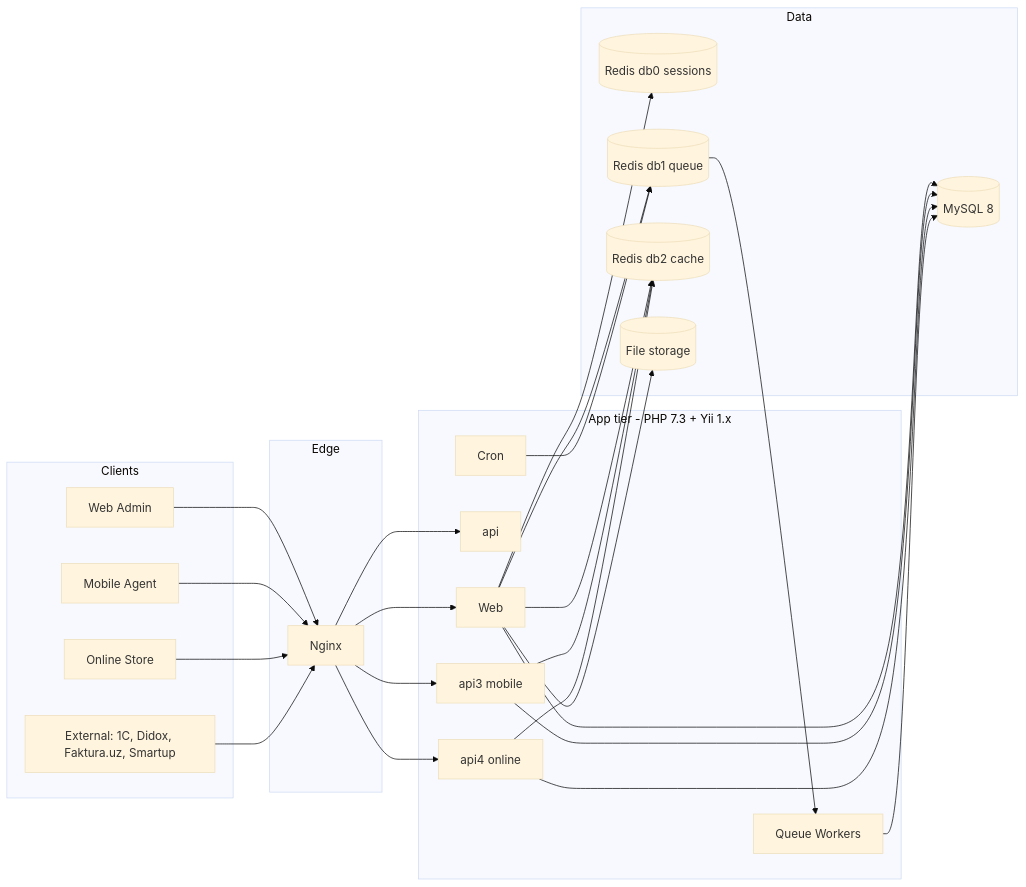
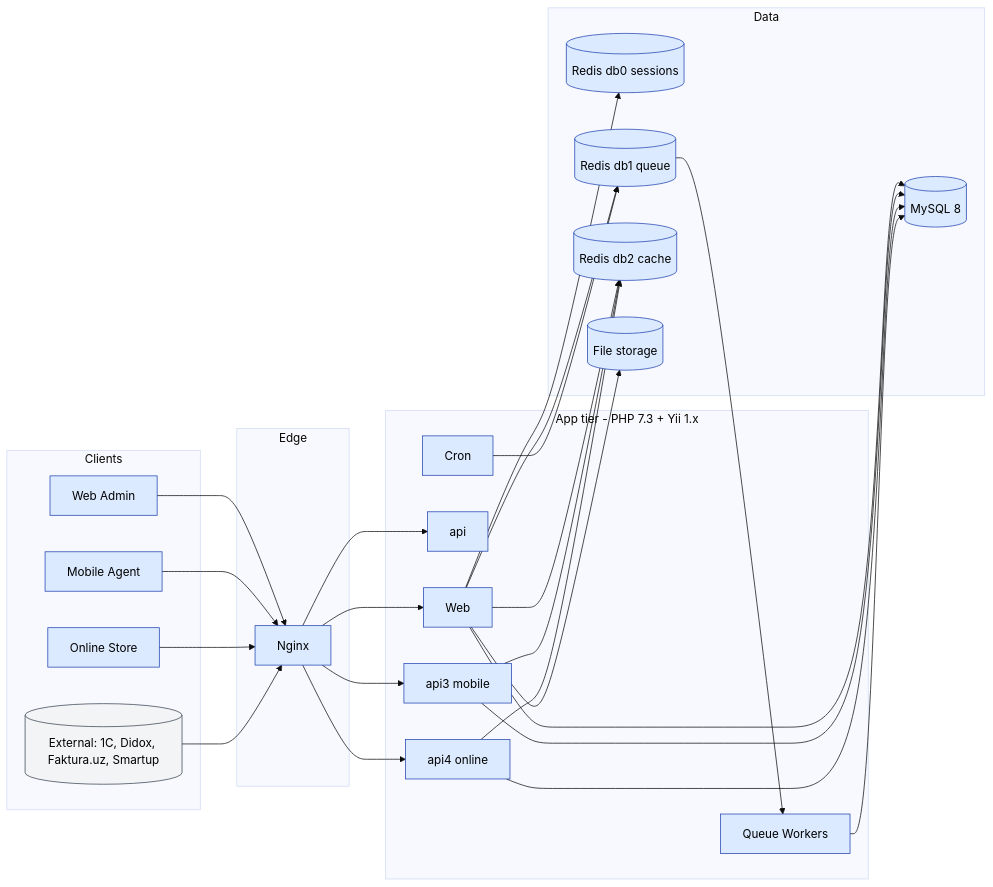
One commit to jamshidtulaganov/sd-doc changed the diagram in docs/architecture/overview.md. Above: the diagram before and after it, drawn with Mermaid (base theme). The commit also changed 21 other files, not shown here.

````diff
--- a/docs/architecture/overview.md
+++ b/docs/architecture/overview.md
@@ -20,47 +20,53 @@
 ```mermaid
 flowchart LR
   subgraph Clients
     WB[Web Admin]
     MA[Mobile Agent]
     OS[Online Store]
-    EXT[External: 1C, Didox, Faktura.uz, Smartup]
+    EXT[(External: 1C, Didox, Faktura.uz, Smartup)]
   end
   subgraph Edge
     NX[Nginx]
   end
   subgraph App[App tier - PHP 7.3 + Yii 1.x]
     WEB[Web]
     A1[api]
     A3[api3 mobile]
     A4[api4 online]
     JOBS[Queue Workers]
     CRON[Cron]
   end
   subgraph Data
     DB[(MySQL 8)]
     R0[(Redis db0 sessions)]
     R1[(Redis db1 queue)]
     R2[(Redis db2 cache)]
     FS[(File storage)]
   end
   WB --> NX
   MA --> NX
   OS --> NX
   EXT --> NX
   NX --> WEB
   NX --> A1
   NX --> A3
   NX --> A4
   WEB --> DB
   WEB --> R0
   WEB --> R2
   A3 --> DB
   A3 --> R2
   A4 --> DB
   A4 --> R2
   WEB --> R1
   R1 --> JOBS
   JOBS --> DB
   CRON --> R1
   WEB --> FS
+
+  class WB,MA,OS,NX,WEB,A1,A3,A4,JOBS,CRON,DB,R0,R1,R2,FS action
+  class EXT external
+  classDef action   fill:#dbeafe,stroke:#1e40af,color:#000
+  classDef external fill:#f3f4f6,stroke:#374151,color:#000
+  classDef cron     fill:#ede9fe,stroke:#6d28d9,color:#000
 ```
````
